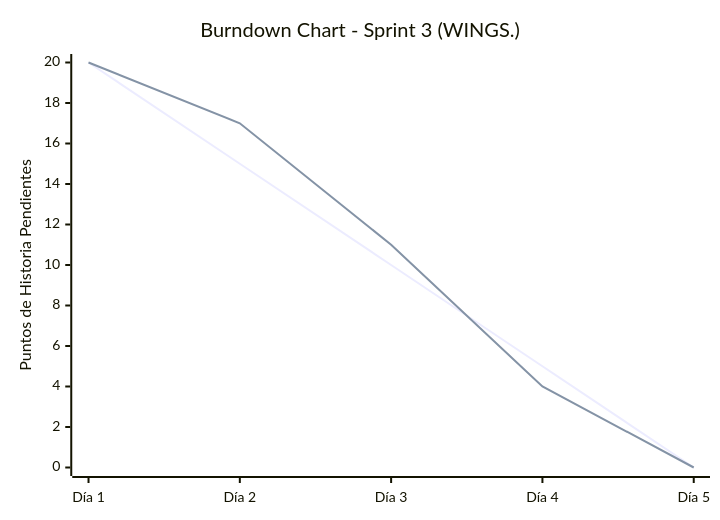
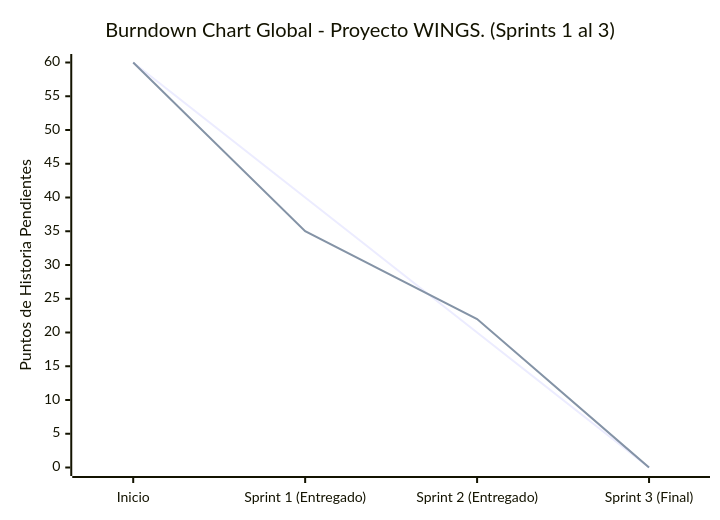
Before and after one commit to AsaelCh9/Alitas: the diagram in README.md, drawn with Mermaid. The commit also changed other lines of this file, not shown here.

Commit message:
Update Burndown Chart for Global Project WINGS

````diff
--- a/README.md
+++ b/README.md
@@ -3,8 +3,8 @@
 ```mermaid
 xychart-beta
-    title "Burndown Chart - Sprint 3 (WINGS.)"
-    x-axis ["Día 1", "Día 2", "Día 3", "Día 4", "Día 5"]
-    y-axis "Puntos de Historia Pendientes" 0 --> 20
-    line "Trabajo Ideal" [20, 15, 10, 5, 0]
-    line "Trabajo Real" [20, 17, 11, 4, 0]
+    title "Burndown Chart Global - Proyecto WINGS. (Sprints 1 al 3)"
+    x-axis ["Inicio", "Sprint 1 (Entregado)", "Sprint 2 (Entregado)", "Sprint 3 (Final)"]
+    y-axis "Puntos de Historia Pendientes" 0 --> 60
+    line "Trabajo Ideal" [60, 40, 20, 0]
+    line "Trabajo Real" [60, 35, 22, 0]
 ```
````
